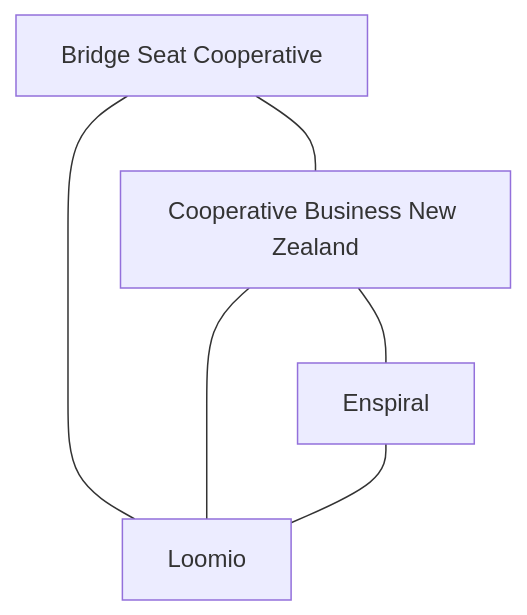
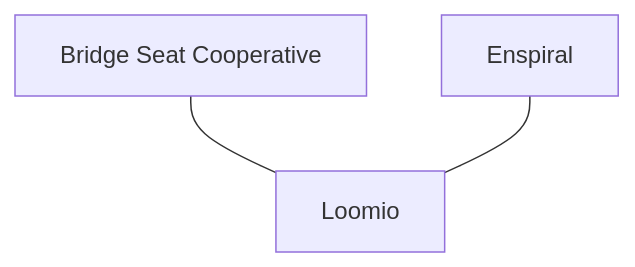
The tenth of 17 diagrams in GUIDE.md (olitreadwell/nz-tech-for-good), drawn with Mermaid before and after one commit. The commit also changed other lines of this file and 268 other files, not shown here.

````diff
--- a/GUIDE.md
+++ b/GUIDE.md
@@ -329,12 +226,8 @@
 ```mermaid
 flowchart TD
     n_BridgeSeatCooperative["Bridge Seat Cooperative"]
-    n_CooperativeBusinessNewZe["Cooperative Business New Zealand"]
     n_Enspiral["Enspiral"]
     n_Loomio["Loomio"]
-    n_BridgeSeatCooperative --- n_CooperativeBusinessNewZe
     n_BridgeSeatCooperative --- n_Loomio
-    n_CooperativeBusinessNewZe --- n_Enspiral
-    n_CooperativeBusinessNewZe --- n_Loomio
     n_Enspiral --- n_Loomio
 ```
````
